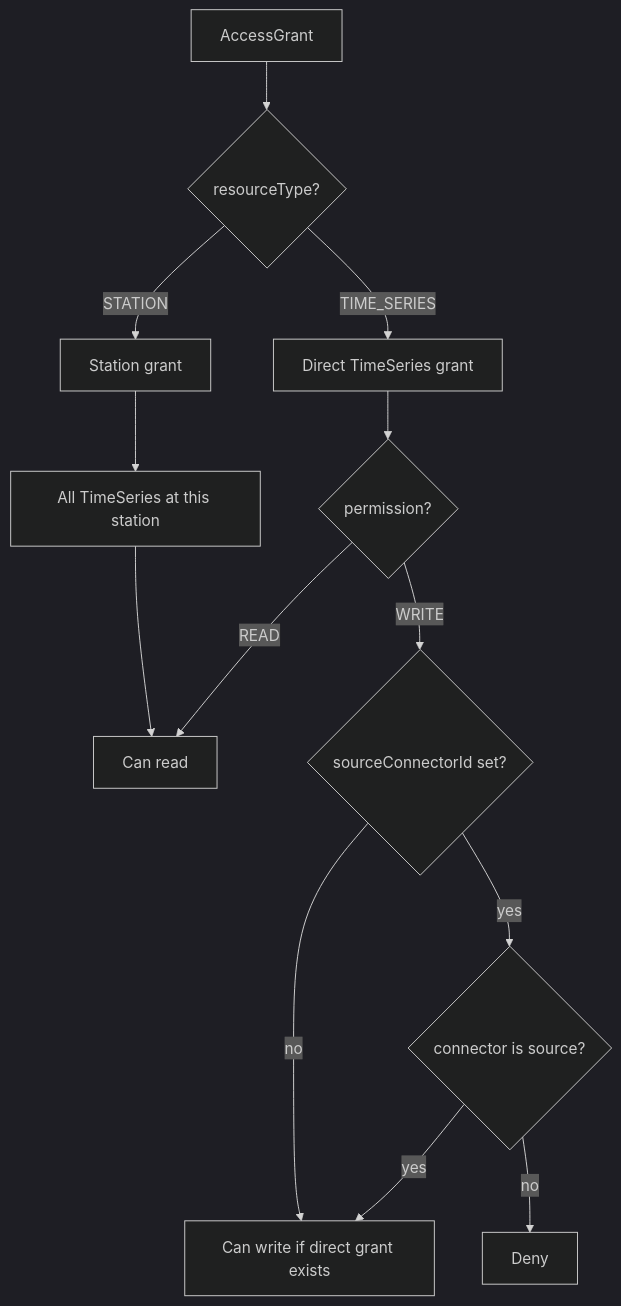
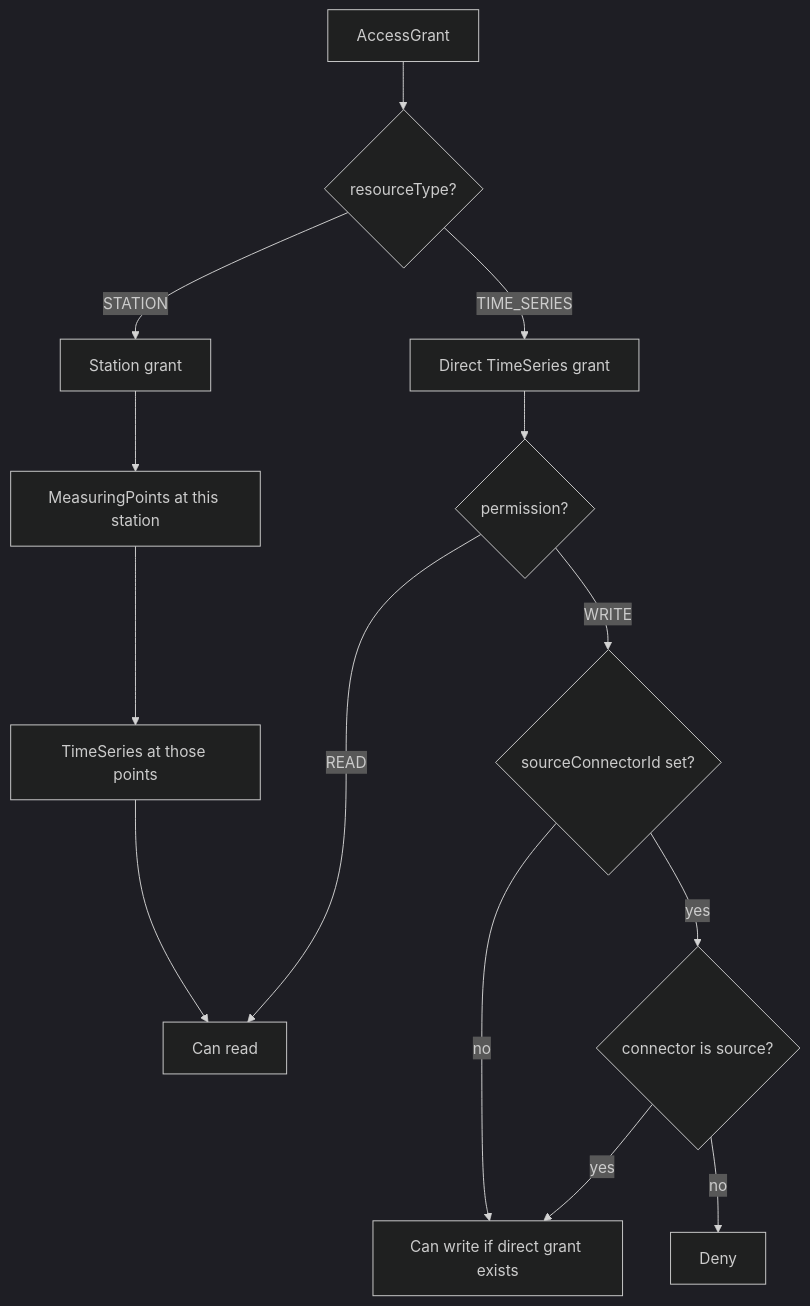
Before and after one commit to viadonau/pegelhub: the third of 5 diagrams in docs/architecture/pegelhub-domain-model.md, drawn with Mermaid (dark theme). The commit also changed other lines of this file and 44 other files, not shown here.

Commit message:
Introduce measuring points between stations and time series

````diff
--- a/docs/architecture/pegelhub-domain-model.md
+++ b/docs/architecture/pegelhub-domain-model.md
@@ -144,18 +149,19 @@
 ```mermaid
 flowchart TD
     grant[AccessGrant] --> check{resourceType?}
 
     check -->|TIME_SERIES| direct[Direct TimeSeries grant]
     check -->|STATION| stationGrant[Station grant]
 
     direct --> perm{permission?}
-    stationGrant --> stationSeries[All TimeSeries at this station]
+    stationGrant --> stationPoints[MeasuringPoints at this station]
+    stationPoints --> stationSeries[TimeSeries at those points]
     stationSeries --> read[Can read]
 
     perm -->|READ| read
     perm -->|WRITE| writeCheck{sourceConnectorId set?}
     writeCheck -->|no| write[Can write if direct grant exists]
     writeCheck -->|yes| sameSource{connector is source?}
     sameSource -->|yes| write
     sameSource -->|no| deny[Deny]
 ```
````
